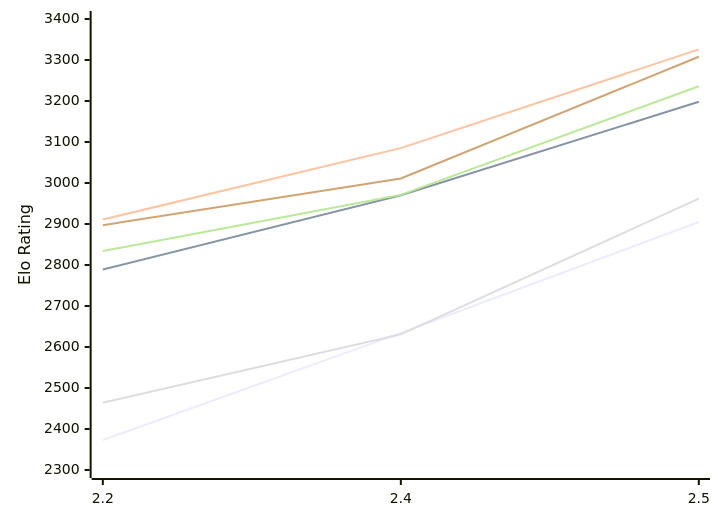
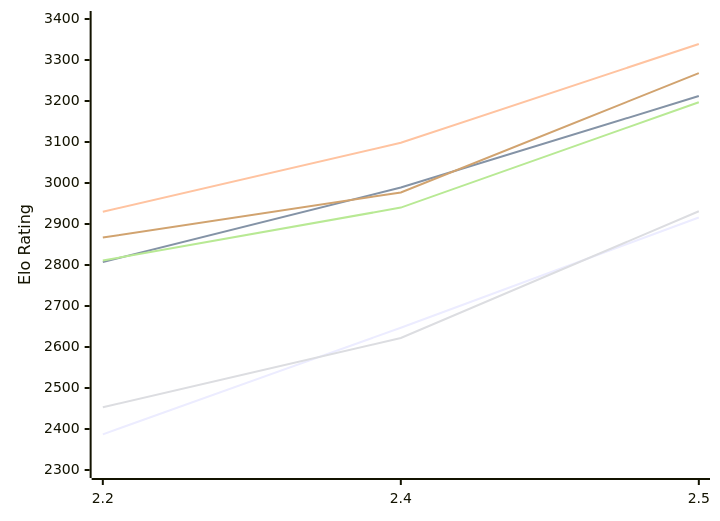
The first of 2 diagrams in engines/Sloth.md (computer-chess-index/cci), drawn with Mermaid before and after one commit. The commit also changed other lines of this file, not shown here.

Commit message:
Update CCI Ratings (ELO VLTC) - 2026-11-14

````diff
--- a/engines/Sloth.md
+++ b/engines/Sloth.md
@@ -52,12 +52,12 @@
 ```mermaid
 %%{init: {"theme":"base","themeVariables":{"seriesColors:['#a3a3a3','#222221','#faa371']}}}%%
 xychart-beta
   x-axis ["2.2", "2.4", "2.5"]
   y-axis "Elo Rating" 2300 --> 3400
-  line "E1: STC (8.0+0.08s)" [2373, 2634, 2905]
-  line "E1: LTC (60.0+0.60s)" [2789, 2970, 3198]
-  line "E1: VLTC (2m24s+1.12s)" [2911, 3085, 3326]
-  line "P1: STC (8.0+0.08s)" [2464, 2631, 2962]
-  line "P1: LTC (60.0+0.60s)" [2834, 2971, 3236]
-  line "P1: VLTC (2m24s+1.12s)" [2897, 3011, 3308]
+  line "E1: STC (8.0+0.08s)" [2387, 2647, 2916]
+  line "E1: LTC (60.0+0.60s)" [2807, 2989, 3212]
+  line "E1: VLTC (2m24s+1.12s)" [2930, 3098, 3339]
+  line "P1: STC (8.0+0.08s)" [2453, 2622, 2931]
+  line "P1: LTC (60.0+0.60s)" [2811, 2940, 3197]
+  line "P1: VLTC (2m24s+1.12s)" [2867, 2977, 3268]
 ```
````
